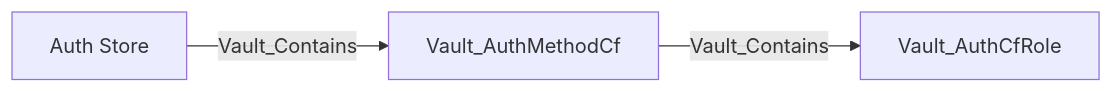
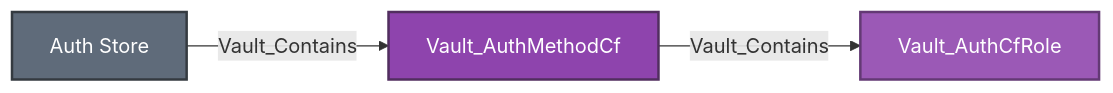
One commit to bytewreck/opengraph-vault changed the tenth of 28 diagrams in Documentation/stores/AUTH.md. Above: the diagram before and after it, drawn with Mermaid. The commit also changed other lines of this file, not shown here.

````diff
--- a/Documentation/stores/AUTH.md
+++ b/Documentation/stores/AUTH.md
@@ -461,5 +505,9 @@
 ```mermaid
 flowchart LR
-    store[Auth Store] -->|Vault_Contains| method[Vault_AuthMethodCf]
-    method -->|Vault_Contains| role[Vault_AuthCfRole]
+    store[Auth Store]:::storeNode -->|Vault_Contains| method[Vault_AuthMethodCf]:::authMethodNode
+    method -->|Vault_Contains| role[Vault_AuthCfRole]:::authRoleNode
+
+    classDef storeNode fill:#5F6B7A,color:#fff,stroke:#343A40,stroke-width:2px
+    classDef authMethodNode fill:#8E44AD,color:#fff,stroke:#512E5F,stroke-width:2px
+    classDef authRoleNode fill:#9B59B6,color:#fff,stroke:#633974,stroke-width:2px
 ```
````
